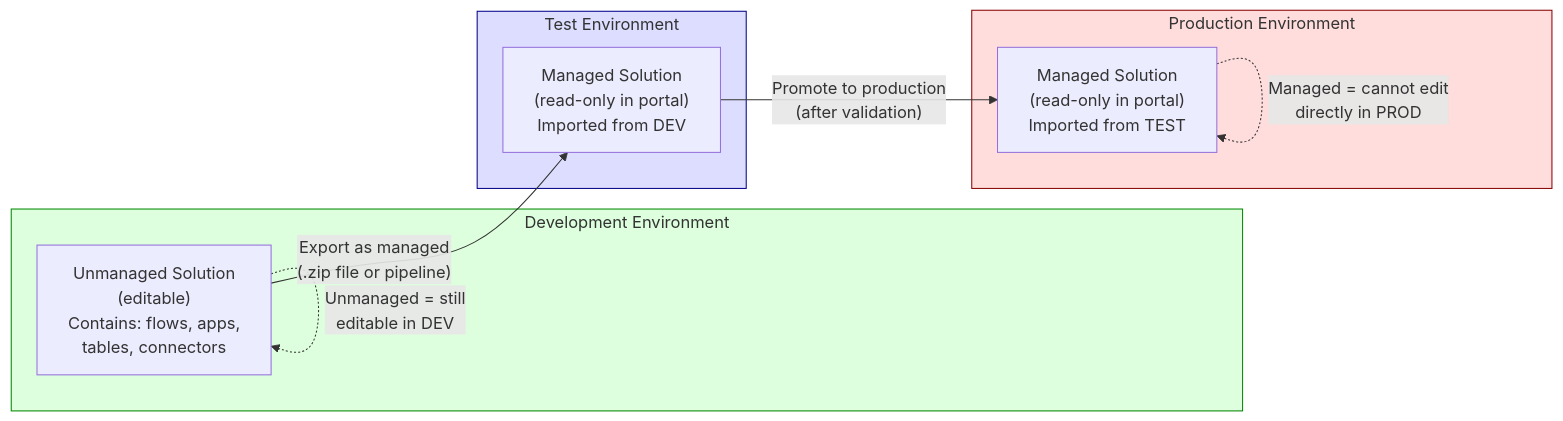
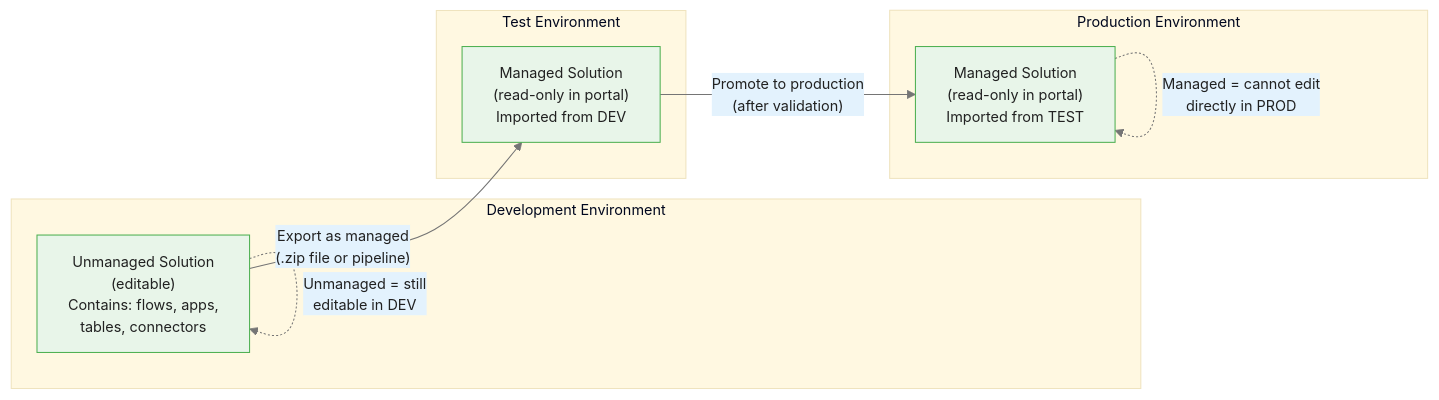
The eighth of 9 diagrams in courses/power-automate/modules/module_00_platform_orientation/guides/02_navigating_portal_slides.md (m-deane/course-creator), drawn with Mermaid before and after one commit. The commit also changed other lines of this file and 72 other files, not shown here.

````diff
--- a/courses/power-automate/modules/module_00_platform_orientation/guides/02_navigating_portal_slides.md
+++ b/courses/power-automate/modules/module_00_platform_orientation/guides/02_navigating_portal_slides.md
@@ -203,24 +224,22 @@
 ```mermaid
+%%{init: {"theme": "base", "themeVariables": {"primaryColor": "#e8f5e9", "primaryBorderColor": "#4caf50", "primaryTextColor": "#212121", "secondaryColor": "#e3f2fd", "tertiaryColor": "#fff8e1", "lineColor": "#757575", "fontFamily": "Inter, sans-serif", "fontSize": "14px"}}}%%
 graph LR
     subgraph DEV["Development Environment"]
         SOL_U["Unmanaged Solution\n(editable)\nContains: flows, apps,\ntables, connectors"]
     end
 
     subgraph TEST["Test Environment"]
         SOL_M_T["Managed Solution\n(read-only in portal)\nImported from DEV"]
     end
 
     subgraph PROD["Production Environment"]
         SOL_M_P["Managed Solution\n(read-only in portal)\nImported from TEST"]
     end
 
     SOL_U -->|"Export as managed\n(.zip file or pipeline)"| SOL_M_T
     SOL_M_T -->|"Promote to production\n(after validation)"| SOL_M_P
 
     SOL_U -.->|"Unmanaged = still\neditable in DEV"| SOL_U
     SOL_M_P -.->|"Managed = cannot edit\ndirectly in PROD"| SOL_M_P
 
-    style DEV fill:#dfd,stroke:#080
-    style TEST fill:#ddf,stroke:#008
-    style PROD fill:#fdd,stroke:#800
 ```
````
